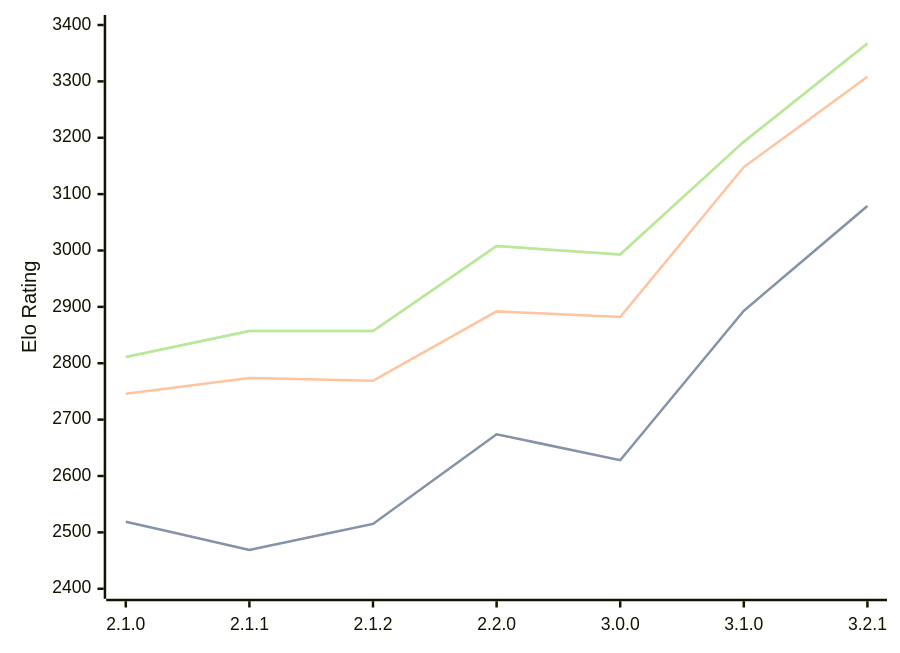
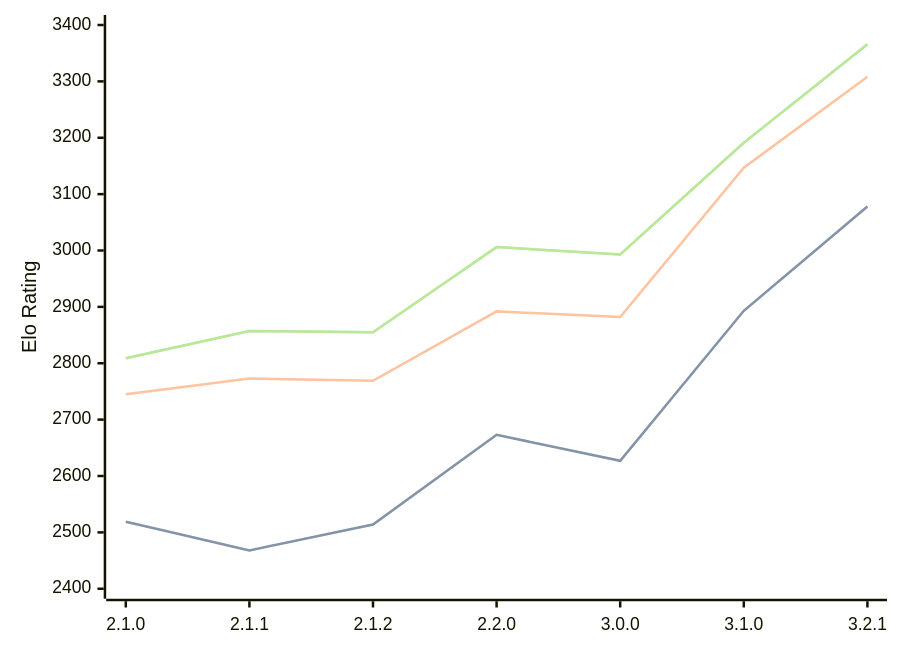
One commit to computer-chess-index/cci changed the diagram in engines/Prune.md. Above: the diagram before and after it, drawn with Mermaid. The commit also changed other lines of this file, not shown here.

Commit message:
Update CCI Ratings (ELO VLTC) - 2026-06-12

````diff
--- a/engines/Prune.md
+++ b/engines/Prune.md
@@ -42,11 +42,11 @@
 ```mermaid
 %%{init: {"theme":"base","themeVariables":{"seriesColors:['#a3a3a3','#222221','#faa371']}}}%%
 xychart-beta
   x-axis ["2.1.0", "2.1.1", "2.1.2", "2.2.0", "3.0.0", "3.1.0", "3.2.1"]
   y-axis "Elo Rating" 2400 --> 3400
-  line "STC (8.0+0.08s)" [2519, 2469, 2515, 2674, 2628, 2893, 3079]
-  line "STC (8.0+0.08s)" [2519, 2469, 2515, 2674, 2628, 2893, 3079]
-  line "LTC (60.0+0.60s)" [2746, 2774, 2769, 2892, 2882, 3148, 3308]
-  line "VLTC (2m24s+1.12s)" [2811, 2857, 2857, 3008, 2993, 3193, 3367]
-  line "VLTC (2m24s+1.12s)" [2811, 2857, 2857, 3008, 2993, 3193, 3367]
+  line "STC (8.0+0.08s)" [2519, 2468, 2514, 2673, 2627, 2893, 3078]
+  line "STC (8.0+0.08s)" [2519, 2468, 2514, 2673, 2627, 2893, 3078]
+  line "LTC (60.0+0.60s)" [2745, 2773, 2769, 2892, 2882, 3147, 3308]
+  line "VLTC (2m24s+1.12s)" [2809, 2857, 2855, 3006, 2993, 3191, 3366]
+  line "VLTC (2m24s+1.12s)" [2809, 2857, 2855, 3006, 2993, 3191, 3366]
 ```
````
